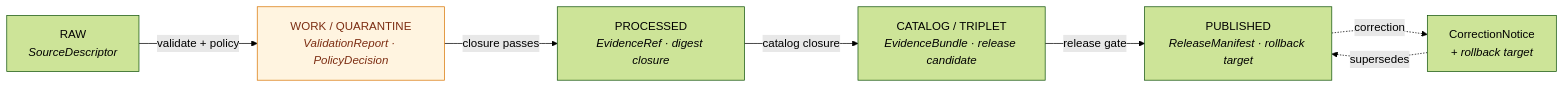
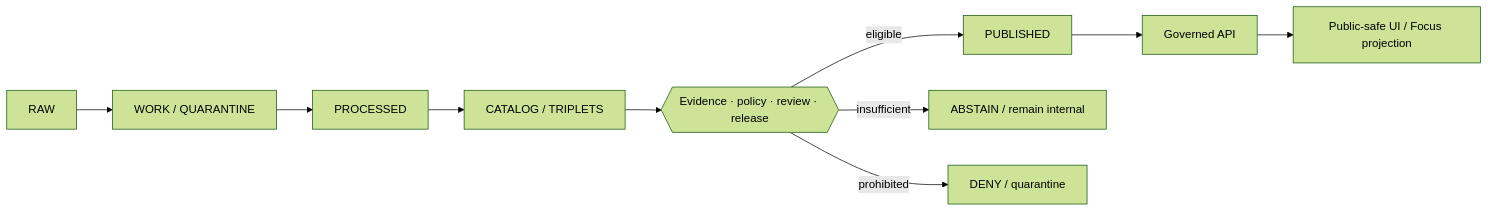
The first of 2 diagrams in docs/focus-mode/state/README.md (bartytime4life/Kansas-Frontier-Matrix), drawn with Mermaid (forest theme) before and after one commit. The commit also changed other lines of this file, not shown here.

Commit message:
docs(focus-mode): reconcile state README with current authority

````diff
--- a/docs/focus-mode/state/README.md
+++ b/docs/focus-mode/state/README.md
@@ -380,11 +458,12 @@
 ```mermaid
 flowchart LR
-  RAW["RAW<br/><i>SourceDescriptor</i>"] -->|validate + policy| WQ["WORK / QUARANTINE<br/><i>ValidationReport · PolicyDecision</i>"]
-  WQ -->|closure passes| PROC["PROCESSED<br/><i>EvidenceRef · digest closure</i>"]
-  PROC -->|catalog closure| CAT["CATALOG / TRIPLET<br/><i>EvidenceBundle · release candidate</i>"]
-  CAT -->|release gate| PUB["PUBLISHED<br/><i>ReleaseManifest · rollback target</i>"]
-  PUB -. correction .-> CORR["CorrectionNotice<br/><i>+ rollback target</i>"]
-  CORR -. supersedes .-> PUB
-  classDef quarantine fill:#fff4e0,stroke:#d97706,color:#7c2d12;
-  class WQ quarantine;
+    RAW["RAW"] --> WQ["WORK / QUARANTINE"]
+    WQ --> PROC["PROCESSED"]
+    PROC --> CAT["CATALOG / TRIPLETS"]
+    CAT --> GATE{{"Evidence · policy · review · release"}}
+    GATE -->|eligible| PUB["PUBLISHED"]
+    GATE -->|insufficient| ABS["ABSTAIN / remain internal"]
+    GATE -->|prohibited| DENY["DENY / quarantine"]
+    PUB --> API["Governed API"]
+    API --> UI["Public-safe UI / Focus projection"]
 ```
````
